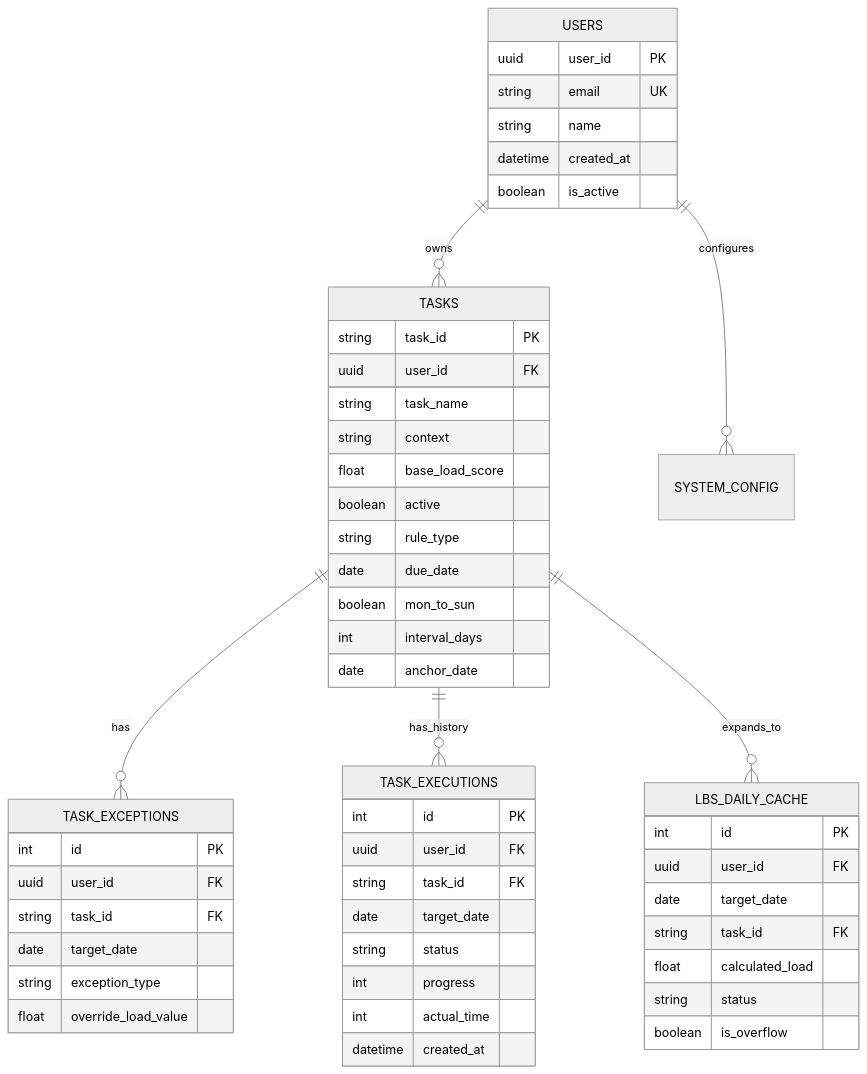
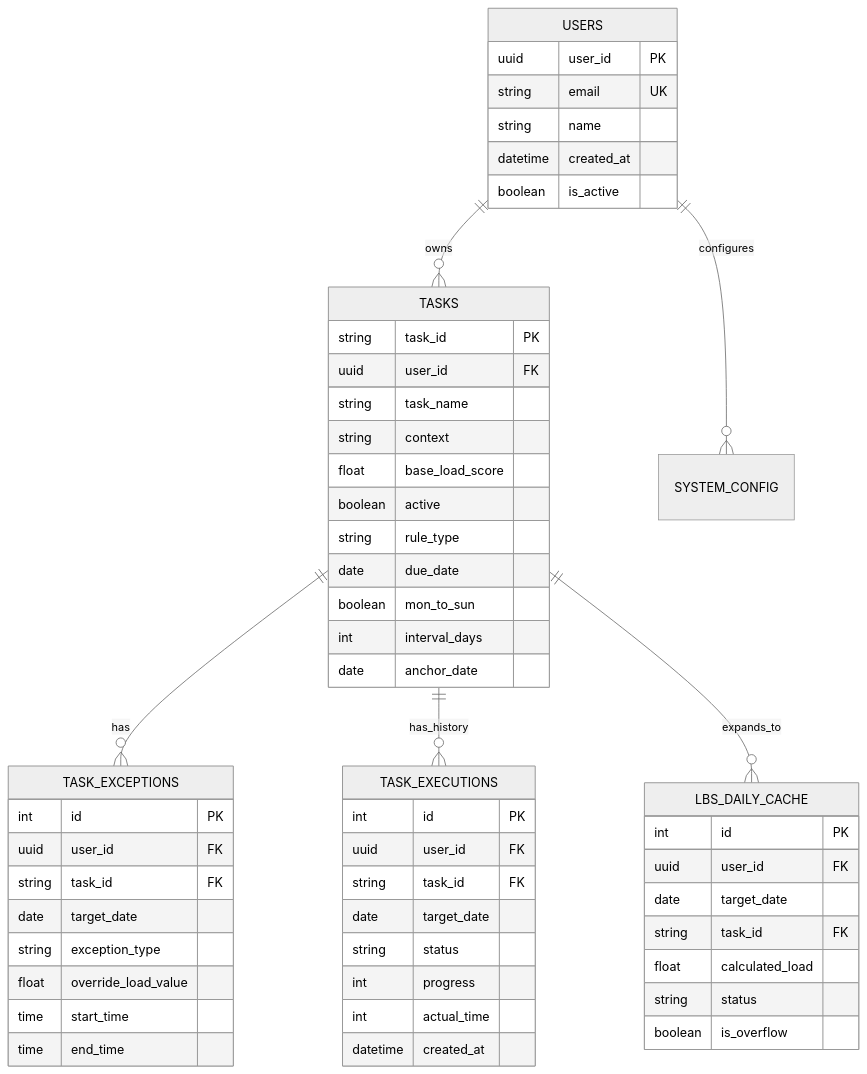
Before and after one commit to nh1124/LBS: the second of 2 diagrams in docs/lbs_system_design.md, drawn with Mermaid (neutral theme). The commit also changed other lines of this file and 2 other files, not shown here.

Commit message:
feat: Add RESCHEDULE exception type for time-only changes

````diff
--- a/docs/lbs_system_design.md
+++ b/docs/lbs_system_design.md
@@ -67,60 +67,62 @@
 ```mermaid
 erDiagram
     USERS ||--o{ TASKS : owns
     USERS ||--o{ SYSTEM_CONFIG : configures
     TASKS ||--o{ TASK_EXCEPTIONS : has
     TASKS ||--o{ TASK_EXECUTIONS : has_history
     TASKS ||--o{ LBS_DAILY_CACHE : expands_to
     
     USERS {
         uuid user_id PK
         string email UK
         string name
         datetime created_at
         boolean is_active
     }
     
     TASKS {
         string task_id PK
         uuid user_id FK
         string task_name
         string context
         float base_load_score
         boolean active
         string rule_type
         date due_date
         boolean mon_to_sun
         int interval_days
         date anchor_date
     }
     
     TASK_EXCEPTIONS {
         int id PK
         uuid user_id FK
         string task_id FK
         date target_date
         string exception_type
         float override_load_value
+        time start_time
+        time end_time
     }
     
     LBS_DAILY_CACHE {
         int id PK
         uuid user_id FK
         date target_date
         string task_id FK
         float calculated_load
         string status
         boolean is_overflow
     }
 
     TASK_EXECUTIONS {
         int id PK
         uuid user_id FK
         string task_id FK
         date target_date
         string status
         int progress
         int actual_time
         datetime created_at
     }
 ```
````
